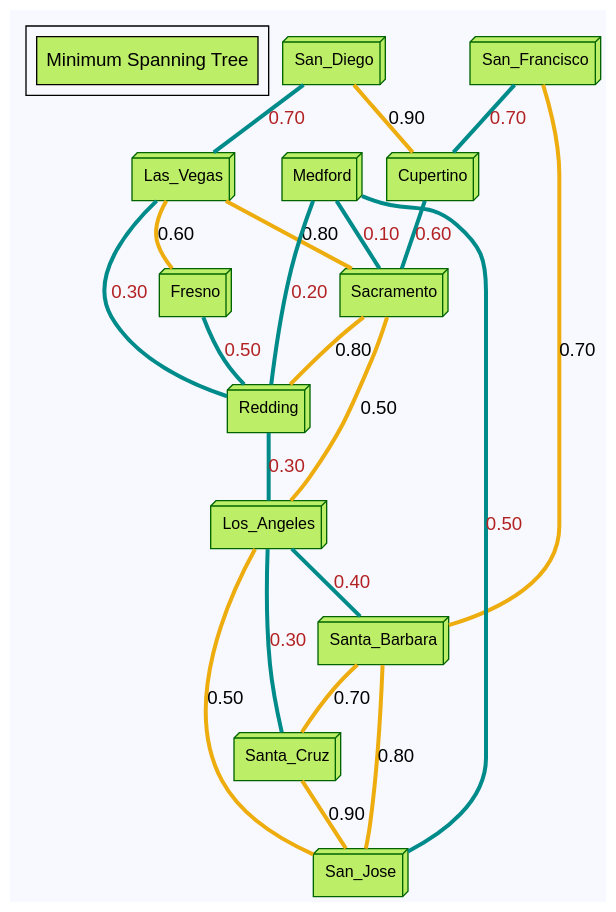
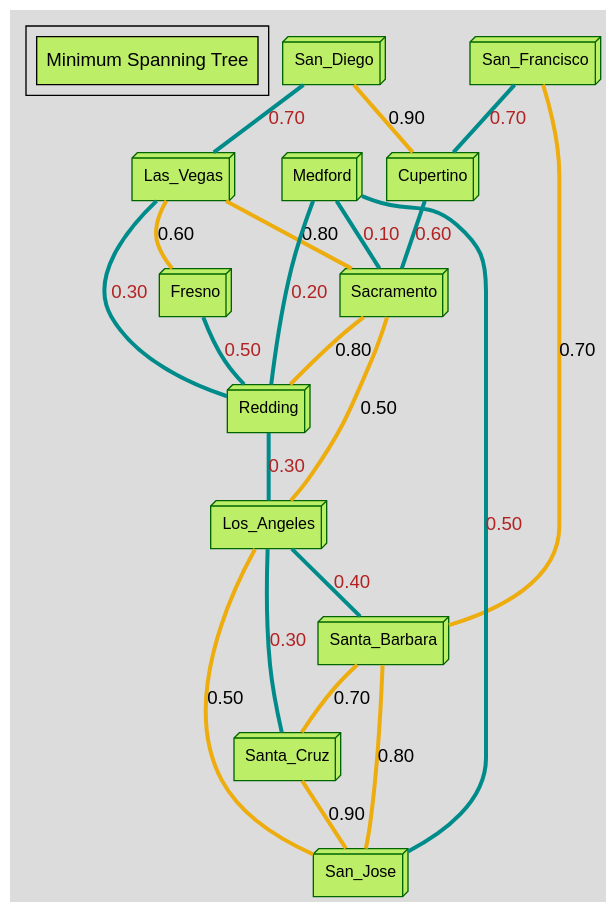
The diagram in dot_graphs/MST_overlay.gv (parsokev/graph_repo), drawn with Graphviz before and after one commit.

Commit message:
Updates sample dot graph output for MST with new background

```diff
--- a/dot_graphs/MST_overlay.gv
+++ b/dot_graphs/MST_overlay.gv
@@ -1,41 +1,41 @@
 strict graph main_graph {
 fontname="DejaVu Sans,Arial,sans-serif"
 node [fontname="Impact,Arial,sans-serif"]
 edge [fontname="Comic Sans,Arial,sans-serif"]
 node [style=filled fillcolor="darkolivegreen2"]
-ratio=auto landscape=false bgcolor="ghostwhite"
+ratio=auto landscape=false bgcolor="gainsboro"
 subgraph cluster {"Full Graph" [shape=box fontsize=14 label="Minimum Spanning Tree" tooltip="All Nodes"] }
 San_Diego [label="San_Diego" id="San_Diego" fontsize=12 shape=box3d tooltip="San_Diego" color="darkgreen" fillcolor="darkolivegreen2"]
 Las_Vegas [label="Las_Vegas" id="Las_Vegas" fontsize=12 shape=box3d tooltip="Las_Vegas" color="darkgreen" fillcolor="darkolivegreen2"]
 San_Diego -- Las_Vegas [label="0.70" weight=60 penwidth=3 color="darkcyan" tooltip="San_Diego -- Las_Vegas" labeltooltip="San_Diego -- Las_Vegas" fontcolor="firebrick" ]
 Cupertino [label="Cupertino" id="Cupertino" fontsize=12 shape=box3d tooltip="Cupertino" color="darkgreen" fillcolor="darkolivegreen2"]
 San_Diego -- Cupertino [label="0.90" weight=60 penwidth=3 color="darkgoldenrod2" tooltip="San_Diego -- Cupertino" labeltooltip="San_Diego -- Cupertino"]
 Sacramento [label="Sacramento" id="Sacramento" fontsize=12 shape=box3d tooltip="Sacramento" color="darkgreen" fillcolor="darkolivegreen2"]
 Cupertino -- Sacramento [label="0.60" weight=60 penwidth=3 color="darkcyan" tooltip="Cupertino -- Sacramento" labeltooltip="Cupertino -- Sacramento" fontcolor="firebrick" ]
 Las_Vegas -- Sacramento [label="0.80" weight=60 penwidth=3 color="darkgoldenrod2" tooltip="Las_Vegas -- Sacramento" labeltooltip="Las_Vegas -- Sacramento"]
 San_Francisco [label="San_Francisco" id="San_Francisco" fontsize=12 shape=box3d tooltip="San_Francisco" color="darkgreen" fillcolor="darkolivegreen2"]
 San_Francisco -- Cupertino [label="0.70" weight=60 penwidth=3 color="darkcyan" tooltip="San_Francisco -- Cupertino" labeltooltip="San_Francisco -- Cupertino" fontcolor="firebrick" ]
 Santa_Barbara [label="Santa_Barbara" id="Santa_Barbara" fontsize=12 shape=box3d tooltip="Santa_Barbara" color="darkgreen" fillcolor="darkolivegreen2"]
 San_Francisco -- Santa_Barbara [label="0.70" weight=60 penwidth=3 color="darkgoldenrod2" tooltip="San_Francisco -- Santa_Barbara" labeltooltip="San_Francisco -- Santa_Barbara"]
 Fresno [label="Fresno" id="Fresno" fontsize=12 shape=box3d tooltip="Fresno" color="darkgreen" fillcolor="darkolivegreen2"]
 Las_Vegas -- Fresno [label="0.60" weight=60 penwidth=3 color="darkgoldenrod2" tooltip="Las_Vegas -- Fresno" labeltooltip="Las_Vegas -- Fresno"]
 Redding [label="Redding" id="Redding" fontsize=12 shape=box3d tooltip="Redding" color="darkgreen" fillcolor="darkolivegreen2"]
 Las_Vegas -- Redding [label="0.30" weight=60 penwidth=3 color="darkcyan" tooltip="Las_Vegas -- Redding" labeltooltip="Las_Vegas -- Redding" fontcolor="firebrick" ]
 Fresno -- Redding [label="0.50" weight=60 penwidth=3 color="darkcyan" tooltip="Fresno -- Redding" labeltooltip="Fresno -- Redding" fontcolor="firebrick" ]
 Sacramento -- Redding [label="0.80" weight=60 penwidth=3 color="darkgoldenrod2" tooltip="Sacramento -- Redding" labeltooltip="Sacramento -- Redding"]
 Medford [label="Medford" id="Medford" fontsize=12 shape=box3d tooltip="Medford" color="darkgreen" fillcolor="darkolivegreen2"]
 Medford -- Redding [label="0.20" weight=60 penwidth=3 color="darkcyan" tooltip="Medford -- Redding" labeltooltip="Medford -- Redding" fontcolor="firebrick" ]
 Medford -- Sacramento [label="0.10" weight=60 penwidth=3 color="darkcyan" tooltip="Medford -- Sacramento" labeltooltip="Medford -- Sacramento" fontcolor="firebrick" ]
 Los_Angeles [label="Los_Angeles" id="Los_Angeles" fontsize=12 shape=box3d tooltip="Los_Angeles" color="darkgreen" fillcolor="darkolivegreen2"]
 Redding -- Los_Angeles [label="0.30" weight=60 penwidth=3 color="darkcyan" tooltip="Redding -- Los_Angeles" labeltooltip="Redding -- Los_Angeles" fontcolor="firebrick" ]
 Los_Angeles -- Sacramento [label="0.50" weight=60 penwidth=3 color="darkgoldenrod2" tooltip="Los_Angeles -- Sacramento" labeltooltip="Los_Angeles -- Sacramento"]
 San_Jose [label="San_Jose" id="San_Jose" fontsize=12 shape=box3d tooltip="San_Jose" color="darkgreen" fillcolor="darkolivegreen2"]
 Medford -- San_Jose [label="0.50" weight=60 penwidth=3 color="darkcyan" tooltip="Medford -- San_Jose" labeltooltip="Medford -- San_Jose" fontcolor="firebrick" ]
 Los_Angeles -- San_Jose [label="0.50" weight=60 penwidth=3 color="darkgoldenrod2" tooltip="Los_Angeles -- San_Jose" labeltooltip="Los_Angeles -- San_Jose"]
 Los_Angeles -- Santa_Barbara [label="0.40" weight=60 penwidth=3 color="darkcyan" tooltip="Los_Angeles -- Santa_Barbara" labeltooltip="Los_Angeles -- Santa_Barbara" fontcolor="firebrick" ]
 Santa_Cruz [label="Santa_Cruz" id="Santa_Cruz" fontsize=12 shape=box3d tooltip="Santa_Cruz" color="darkgreen" fillcolor="darkolivegreen2"]
 Los_Angeles -- Santa_Cruz [label="0.30" weight=60 penwidth=3 color="darkcyan" tooltip="Los_Angeles -- Santa_Cruz" labeltooltip="Los_Angeles -- Santa_Cruz" fontcolor="firebrick" ]
 Santa_Barbara -- Santa_Cruz [label="0.70" weight=60 penwidth=3 color="darkgoldenrod2" tooltip="Santa_Barbara -- Santa_Cruz" labeltooltip="Santa_Barbara -- Santa_Cruz"]
 Santa_Cruz -- San_Jose [label="0.90" weight=60 penwidth=3 color="darkgoldenrod2" tooltip="Santa_Cruz -- San_Jose" labeltooltip="Santa_Cruz -- San_Jose"]
 Santa_Barbara -- San_Jose [label="0.80" weight=60 penwidth=3 color="darkgoldenrod2" tooltip="Santa_Barbara -- San_Jose" labeltooltip="Santa_Barbara -- San_Jose"]
 }
```
